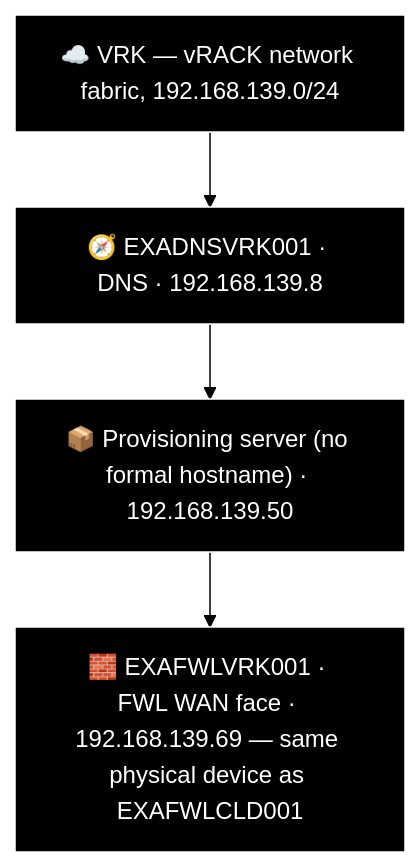
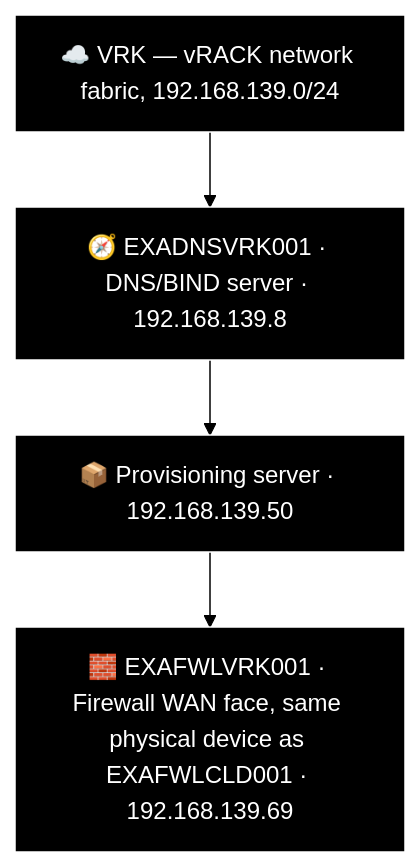
One commit to knightmare2600/example_music_infra changed the diagram in docs/network-diagram/vrk.md. Above: the diagram before and after it, drawn with Mermaid (forest theme). The commit also changed 31 other files, not shown here.

````diff
--- a/docs/network-diagram/vrk.md
+++ b/docs/network-diagram/vrk.md
@@ -31,15 +31,15 @@
 ```mermaid
+%% GENERATED:TOPOLOGY:VRK:START
 %%{init: {'flowchart': {'curve': 'stepAfter'}}}%%
 graph TD
     T_VRK["☁️ VRK — vRACK network fabric, 192.168.139.0/24"]
-    T_DNS["🧭 EXADNSVRK001 · DNS · 192.168.139.8"]
-    T_TMP["📦 Provisioning server (no formal hostname) · 192.168.139.50"]
-    T_FWL["🧱 EXAFWLVRK001 · FWL WAN face · 192.168.139.69 — same physical device as EXAFWLCLD001"]
-
+    T_DNS["🧭 EXADNSVRK001 · DNS/BIND server · 192.168.139.8"]
+    T_TMP["📦 Provisioning server · 192.168.139.50"]
+    T_FWL["🧱 EXAFWLVRK001 · Firewall WAN face, same physical device as EXAFWLCLD001 · 192.168.139.69"]
     T_VRK --> T_DNS --> T_TMP --> T_FWL
-
     style T_VRK fill:#000000,stroke:#FFFFFF,color:#FFFFFF
     style T_DNS fill:#000000,stroke:#FFFFFF,color:#FFFFFF
     style T_TMP fill:#000000,stroke:#FFFFFF,color:#FFFFFF
     style T_FWL fill:#000000,stroke:#FFFFFF,color:#FFFFFF
+%% GENERATED:TOPOLOGY:VRK:END
 ```
````
